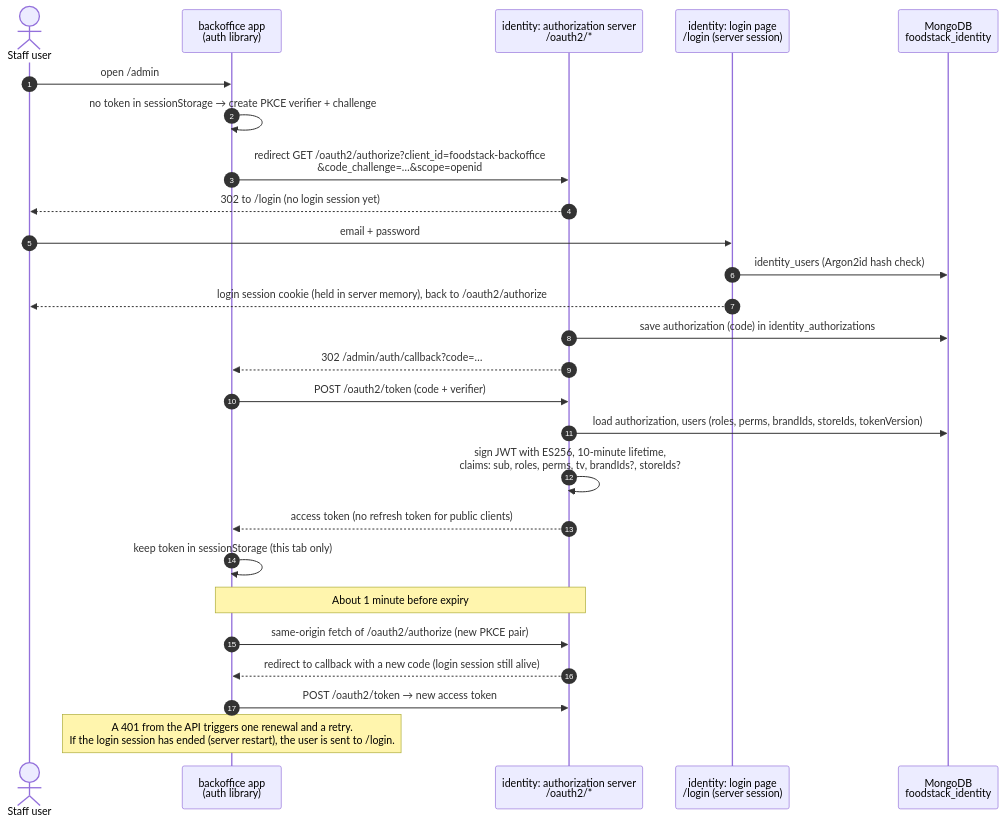
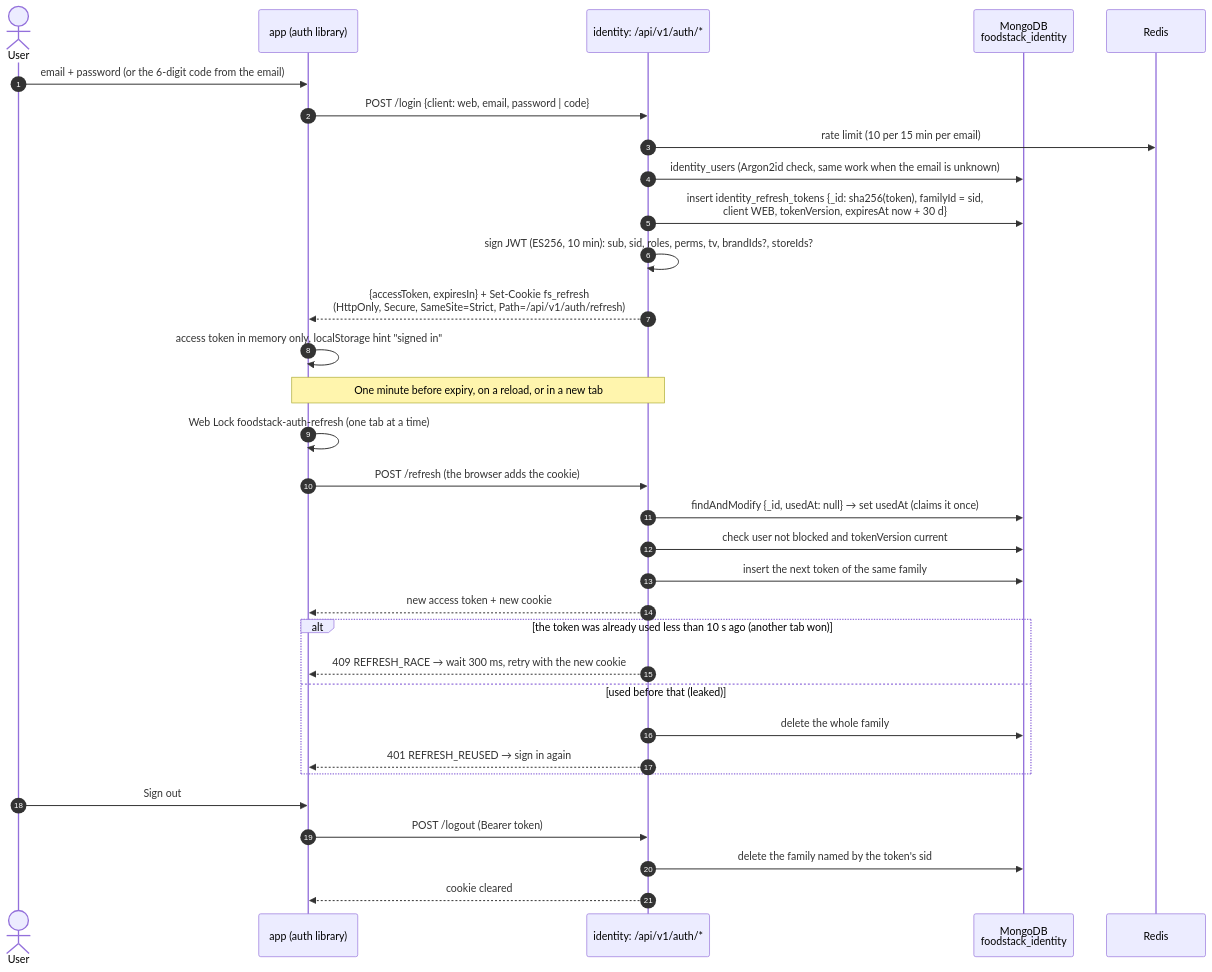
Before and after one commit to ilyaslabs/foodstack: the first of 6 diagrams in docs/architecture/04-backoffice-flows.md, drawn with Mermaid. The commit also changed other lines of this file and 11 other files, not shown here.

First line of the commit message:
Docs for the scale-out work: BRD, PRD, TDD 7.3-7.5, 9.1 and 25, deployment guide, flows

````diff
--- a/docs/architecture/04-backoffice-flows.md
+++ b/docs/architecture/04-backoffice-flows.md
@@ -11,30 +11,37 @@
 ```mermaid
 sequenceDiagram
     autonumber
-    actor U as Staff user
-    participant Ap as backoffice app<br/>(auth library)
-    participant As as identity: authorization server<br/>/oauth2/*
-    participant Lg as identity: login page<br/>/login (server session)
+    actor U as User
+    participant Ap as app (auth library)
+    participant Au as identity: /api/v1/auth/*
     participant Mo as MongoDB<br/>foodstack_identity
+    participant Rd as Redis
 
-    U->>Ap: open /admin
-    Ap->>Ap: no token in sessionStorage → create PKCE verifier + challenge
-    Ap->>As: redirect GET /oauth2/authorize?client_id=foodstack-backoffice<br/>&code_challenge=…&scope=openid
-    As-->>U: 302 to /login (no login session yet)
-    U->>Lg: email + password
-    Lg->>Mo: identity_users (Argon2id hash check)
-    Lg-->>U: login session cookie (held in server memory), back to /oauth2/authorize
-    As->>Mo: save authorization (code) in identity_authorizations
-    As-->>Ap: 302 /admin/auth/callback?code=…
-    Ap->>As: POST /oauth2/token (code + verifier)
-    As->>Mo: load authorization, users (roles, perms, brandIds, storeIds, tokenVersion)
-    As->>As: sign JWT with ES256, 10-minute lifetime,<br/>claims: sub, roles, perms, tv, brandIds?, storeIds?
-    As-->>Ap: access token (no refresh token for public clients)
-    Ap->>Ap: keep token in sessionStorage (this tab only)
+    U->>Ap: email + password (or the 6-digit code from the email)
+    Ap->>Au: POST /login {client: web, email, password | code}
+    Au->>Rd: rate limit (10 per 15 min per email)
+    Au->>Mo: identity_users (Argon2id check, same work when the email is unknown)
+    Au->>Mo: insert identity_refresh_tokens {_id: sha256(token), familyId = sid,<br/>client WEB, tokenVersion, expiresAt now + 30 d}
+    Au->>Au: sign JWT (ES256, 10 min): sub, sid, roles, perms, tv, brandIds?, storeIds?
+    Au-->>Ap: {accessToken, expiresIn} + Set-Cookie fs_refresh<br/>(HttpOnly, Secure, SameSite=Strict, Path=/api/v1/auth/refresh)
+    Ap->>Ap: access token in memory only, localStorage hint "signed in"
 
-    Note over Ap,As: About 1 minute before expiry
-    Ap->>As: same-origin fetch of /oauth2/authorize (new PKCE pair)
-    As-->>Ap: redirect to callback with a new code (login session still alive)
-    Ap->>As: POST /oauth2/token → new access token
-    Note over Ap: A 401 from the API triggers one renewal and a retry.<br/>If the login session has ended (server restart), the user is sent to /login.
+    Note over Ap,Au: One minute before expiry, on a reload, or in a new tab
+    Ap->>Ap: Web Lock foodstack-auth-refresh (one tab at a time)
+    Ap->>Au: POST /refresh (the browser adds the cookie)
+    Au->>Mo: findAndModify {_id, usedAt: null} → set usedAt (claims it once)
+    Au->>Mo: check user not blocked and tokenVersion current
+    Au->>Mo: insert the next token of the same family
+    Au-->>Ap: new access token + new cookie
+    alt the token was already used less than 10 s ago (another tab won)
+        Au-->>Ap: 409 REFRESH_RACE → wait 300 ms, retry with the new cookie
+    else used before that (leaked)
+        Au->>Mo: delete the whole family
+        Au-->>Ap: 401 REFRESH_REUSED → sign in again
+    end
+
+    U->>Ap: Sign out
+    Ap->>Au: POST /logout (Bearer token)
+    Au->>Mo: delete the family named by the token's sid
+    Au-->>Ap: cookie cleared
 ```
````
